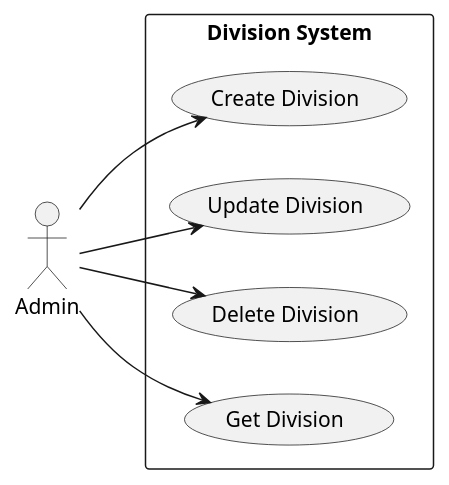
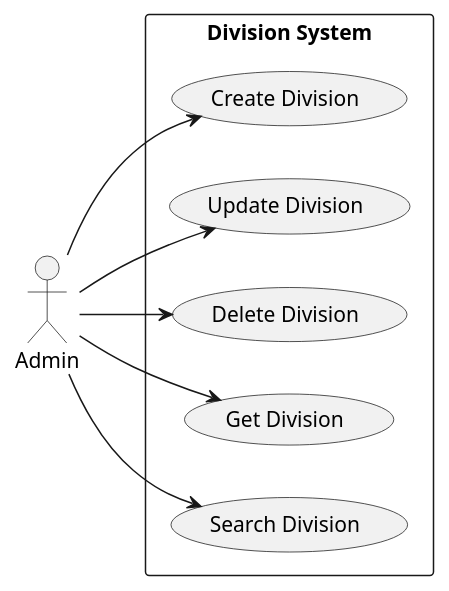
Before and after one commit to fwidjaya20/fazzlearning-uml: the diagram in UseCase/Release01/DivisionSubSystem.wsd, drawn with PlantUML. The commit also changed 5 other files, not shown here.

```diff
--- a/UseCase/Release01/DivisionSubSystem.wsd
+++ b/UseCase/Release01/DivisionSubSystem.wsd
@@ -1,18 +1,19 @@
 @startuml DivisionSubSystem
 
 left to right direction
 
 skinparam Monochrome true
 skinparam Shadowing false
 skinparam packageStyle rectangle
 
 actor Admin
 
 rectangle "Division System" {
     Admin --> (Create Division)
     Admin --> (Update Division)
     Admin --> (Delete Division)
     Admin --> (Get Division)
+    Admin --> (Search Division)
 }
 
 @enduml
```
